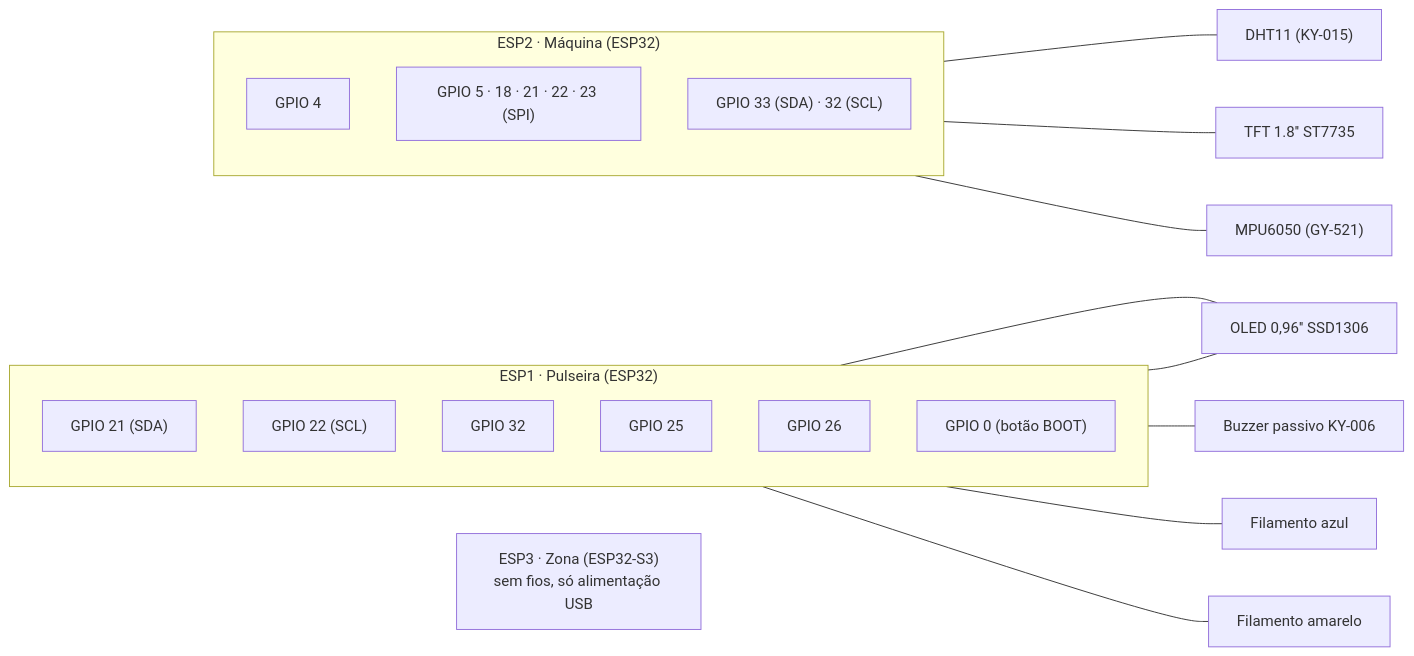
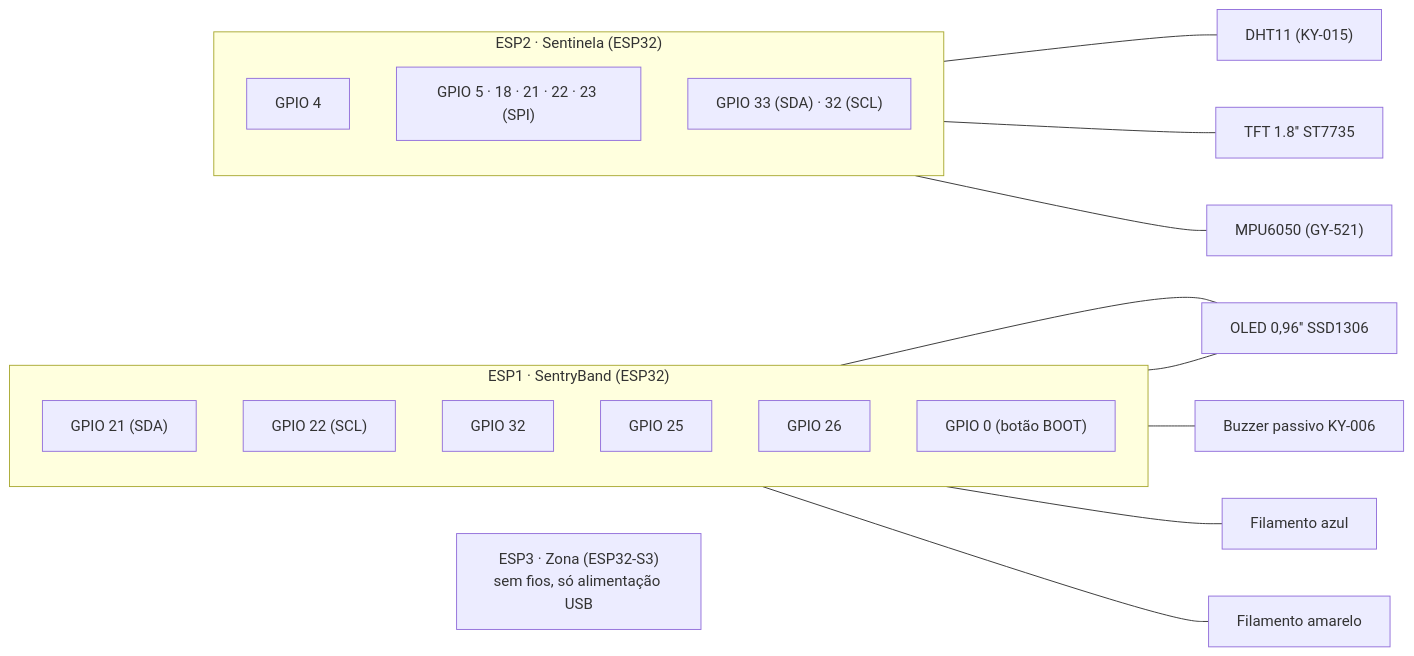
Before and after one commit to MrNoberto/pulseira-seguranca-industrial-esp32: the diagram in docs/hardware-e-ligacoes.md, drawn with Mermaid. The commit also changed other lines of this file and 7 other files, not shown here.

First line of the commit message:
Usa os nomes SentryBand (pulseira) e Sentinela (máquina)

````diff
--- a/docs/hardware-e-ligacoes.md
+++ b/docs/hardware-e-ligacoes.md
@@ -24,36 +24,36 @@
 ```mermaid
 flowchart LR
-    subgraph ESP1["ESP1 · Pulseira (ESP32)"]
+    subgraph ESP1["ESP1 · SentryBand (ESP32)"]
         direction TB
         P1_21["GPIO 21 (SDA)"]
         P1_22["GPIO 22 (SCL)"]
         P1_32["GPIO 32"]
         P1_25["GPIO 25"]
         P1_26["GPIO 26"]
         P1_0["GPIO 0 (botão BOOT)"]
     end
     OLED["OLED 0,96'' SSD1306"]
     BUZ["Buzzer passivo KY-006"]
     LA["Filamento azul"]
     LM["Filamento amarelo"]
     P1_21 --- OLED
     P1_22 --- OLED
     P1_32 --- BUZ
     P1_25 --- LA
     P1_26 --- LM
 
-    subgraph ESP2["ESP2 · Máquina (ESP32)"]
+    subgraph ESP2["ESP2 · Sentinela (ESP32)"]
         direction TB
         P2_4["GPIO 4"]
         P2_SPI["GPIO 5 · 18 · 21 · 22 · 23 (SPI)"]
         P2_I2C["GPIO 33 (SDA) · 32 (SCL)"]
     end
     DHT["DHT11 (KY-015)"]
     TFT["TFT 1.8'' ST7735"]
     MPU["MPU6050 (GY-521)"]
     P2_4 --- DHT
     P2_SPI --- TFT
     P2_I2C --- MPU
 
     ESP3["ESP3 · Zona (ESP32-S3)<br/>sem fios, só alimentação USB"]
 ```
````
